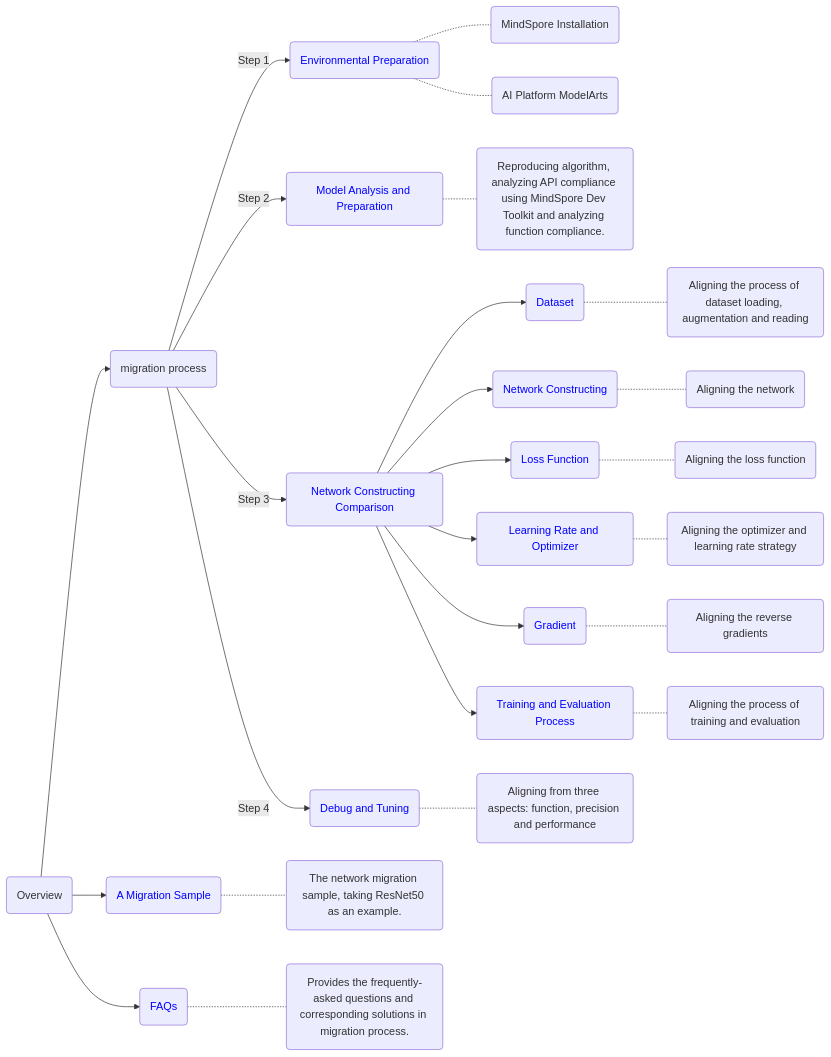
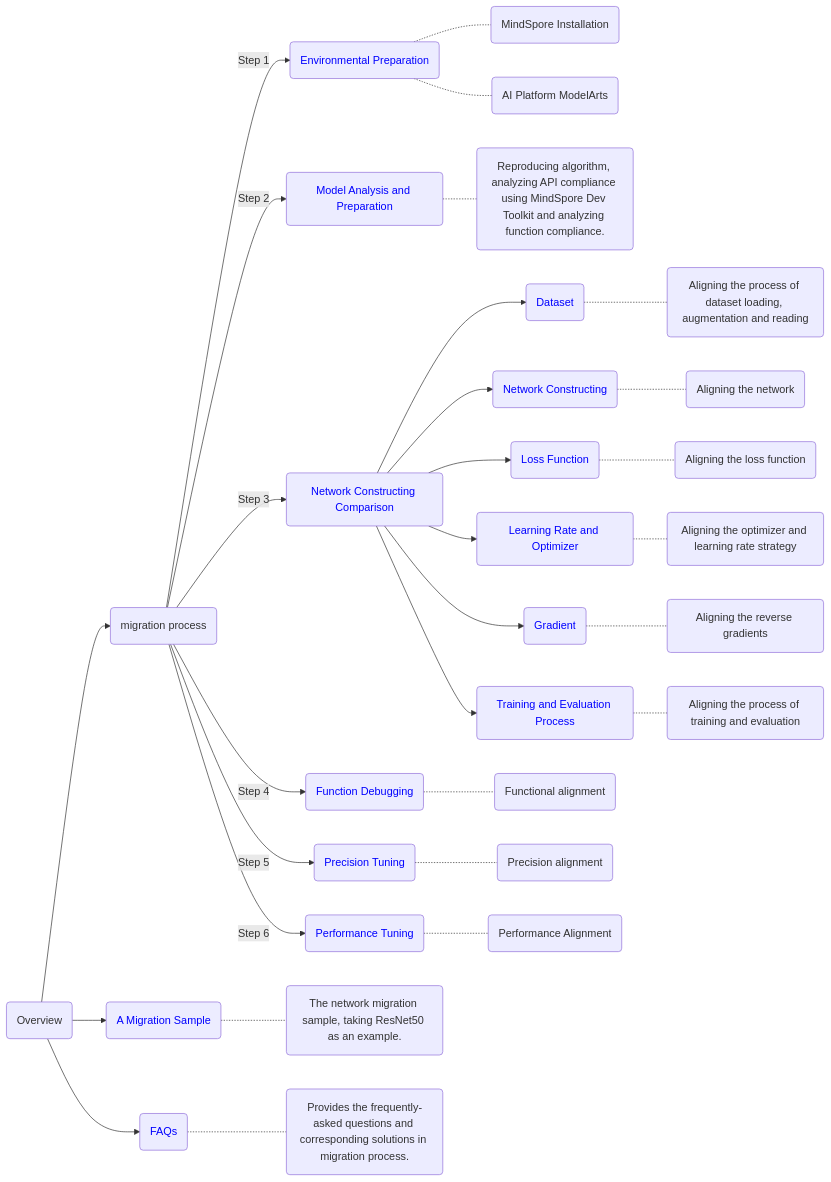
Before and after one commit to mindspore-ai/docs: the diagram in docs/mindspore/source_en/migration_guide/overview.md, drawn with Mermaid. The commit also changed 549 other files, not shown here.

````diff
--- a/docs/mindspore/source_en/migration_guide/overview.md
+++ b/docs/mindspore/source_en/migration_guide/overview.md
@@ -7,43 +7,49 @@
 ```{mermaid}
 graph LR
 A(Overview)-->B(migration process)
 B-->|Step 1|E(<font color=blue>Environmental Preparation</font>)
 E-.-text1(MindSpore Installation)
 E-.-text2(AI Platform ModelArts)
 B-->|Step 2|F(<font color=blue>Model Analysis and Preparation</font>)
 F-.-text3(Reproducing algorithm, analyzing API compliance using MindSpore Dev Toolkit and analyzing function compliance.)
 B-->|Step 3|G(<font color=blue>Network Constructing Comparison</font>)
-G-->I(<font color=blue>Dataset</font>)
-I-.-text4(Aligning the process of dataset loading, augmentation and reading)
-G-->J(<font color=blue>Network Constructing</font>)
-J-.-text5(Aligning the network)
-G-->N(<font color=blue>Loss Function</font>)
-N-.-text6(Aligning the loss function)
-G-->K(<font color=blue>Learning Rate and Optimizer</font>)
-K-.-text7(Aligning the optimizer and learning rate strategy)
-G-->L(<font color=blue>Gradient</font>)
-L-.-text8(Aligning the reverse gradients)
-G-->M(<font color=blue>Training and Evaluation Process</font>)
-M-.-text9(Aligning the process of training and evaluation)
-B-->|Step 4|H(<font color=blue>Debug and Tuning</font>)
-H-.-text10(Aligning from three aspects: function, precision and performance)
+G-->K(<font color=blue>Dataset</font>)
+K-.-text4(Aligning the process of dataset loading, augmentation and reading)
+G-->L(<font color=blue>Network Constructing</font>)
+L-.-text5(Aligning the network)
+G-->P(<font color=blue>Loss Function</font>)
+P-.-text6(Aligning the loss function)
+G-->M(<font color=blue>Learning Rate and Optimizer</font>)
+M-.-text7(Aligning the optimizer and learning rate strategy)
+G-->N(<font color=blue>Gradient</font>)
+N-.-text8(Aligning the reverse gradients)
+G-->O(<font color=blue>Training and Evaluation Process</font>)
+O-.-text9(Aligning the process of training and evaluation)
+B-->|Step 4|H(<font color=blue>Function Debugging</font>)
+H-.-text10(Functional alignment)
+B-->|Step 5|I(<font color=blue>Precision Tuning</font>)
+I-.-text11(Precision alignment)
+B-->|Step 6|J(<font color=blue>Performance Tuning</font>)
+J-.-text12(Performance Alignment)
 A-->C(<font color=blue>A Migration Sample</font>)
-C-.-text11(The network migration sample, taking ResNet50 as an example.)
+C-.-text13(The network migration sample, taking ResNet50 as an example.)
 A-->D(<font color=blue>FAQs</font>)
-D-.-text12(Provides the frequently-asked questions and corresponding solutions in migration process.)
+D-.-text14(Provides the frequently-asked questions and corresponding solutions in migration process.)
 
 click C "https://www.mindspore.cn/docs/en/master/migration_guide/sample_code.html"
 click D "https://www.mindspore.cn/docs/en/master/migration_guide/faq.html"
 
 click E "https://www.mindspore.cn/docs/en/master/migration_guide/enveriment_preparation.html"
 click F "https://www.mindspore.cn/docs/en/master/migration_guide/analysis_and_preparation.html"
 click G "https://www.mindspore.cn/docs/en/master/migration_guide/model_development/model_development.html"
-click H "https://www.mindspore.cn/docs/en/master/migration_guide/debug_and_tune.html"
+click H "https://www.mindspore.cn/docs/en/master/migration_guide/debug.html"
+click I "https://www.mindspore.cn/docs/en/master/migration_guide/acc_debug.html"
+click J "https://www.mindspore.cn/docs/en/master/migration_guide/perf_debug.html"
 
-click I "https://www.mindspore.cn/docs/en/master/migration_guide/model_development/dataset.html"
-click J "https://www.mindspore.cn/docs/en/master/migration_guide/model_development/model_and_cell.html"
-click K "https://www.mindspore.cn/docs/en/master/migration_guide/model_development/learning_rate_and_optimizer.html"
-click L "https://www.mindspore.cn/docs/en/master/migration_guide/model_development/gradient.html"
-click M "https://www.mindspore.cn/docs/en/master/migration_guide/model_development/training_and_evaluation.html"
-click N "https://www.mindspore.cn/docs/en/master/migration_guide/model_development/loss_function.html"
+click K "https://www.mindspore.cn/docs/en/master/migration_guide/model_development/dataset.html"
+click L "https://www.mindspore.cn/docs/en/master/migration_guide/model_development/model_and_cell.html"
+click M "https://www.mindspore.cn/docs/en/master/migration_guide/model_development/learning_rate_and_optimizer.html"
+click N "https://www.mindspore.cn/docs/en/master/migration_guide/model_development/gradient.html"
+click O "https://www.mindspore.cn/docs/en/master/migration_guide/model_development/training_and_evaluation.html"
+click P "https://www.mindspore.cn/docs/en/master/migration_guide/model_development/loss_function.html"
 ```
````
